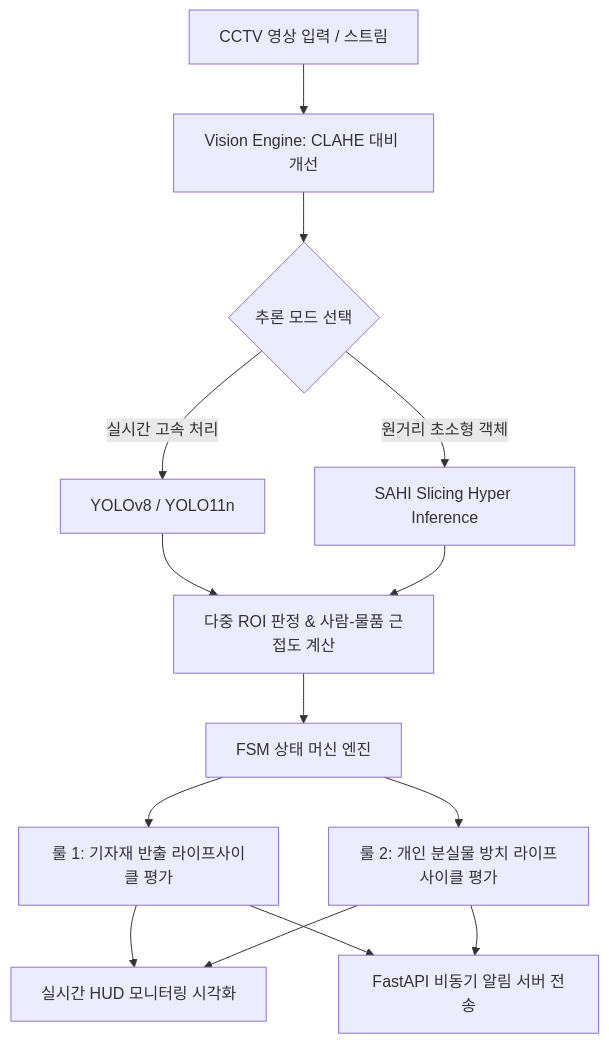
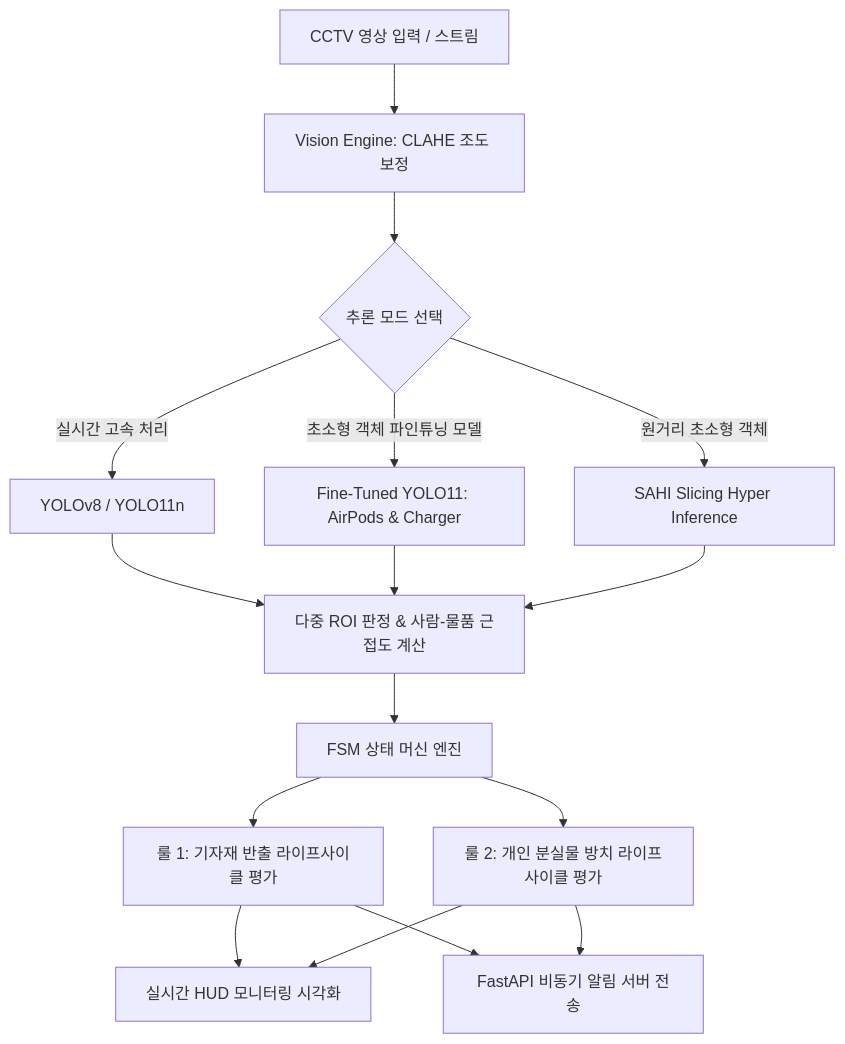
One commit to hyeonje3402/Object-Recognition-Vision changed the first of 3 diagrams in README.md. Above: the diagram before and after it, drawn with Mermaid. The commit also changed other lines of this file and 77 other files, not shown here.

Commit message:
feat: implement FSM pipeline, golden baseline asset inventory & fine-tune YOLO11 for small lost items (AirPods & Chargers)

````diff
--- a/README.md
+++ b/README.md
@@ -34,16 +36,18 @@
 ```mermaid
 flowchart TD
-    A[CCTV 영상 입력 / 스트림] --> B[Vision Engine: CLAHE 대비 개선]
+    A[CCTV 영상 입력 / 스트림] --> B[Vision Engine: CLAHE 조도 보정]
     B --> C{추론 모드 선택}
     C -->|실시간 고속 처리| D[YOLOv8 / YOLO11n]
-    C -->|원거리 초소형 객체| E[SAHI Slicing Hyper Inference]
-    D --> F[다중 ROI 판정 & 사람-물품 근접도 계산]
-    E --> F
-    F --> G[FSM 상태 머신 엔진]
-    G --> H[룰 1: 기자재 반출 라이프사이클 평가]
-    G --> I[룰 2: 개인 분실물 방치 라이프사이클 평가]
-    H --> J[실시간 HUD 모니터링 시각화]
-    I --> J
-    H --> K[FastAPI 비동기 알림 서버 전송]
-    I --> K
+    C -->|초소형 객체 파인튜닝 모델| E[Fine-Tuned YOLO11: AirPods & Charger]
+    C -->|원거리 초소형 객체| F[SAHI Slicing Hyper Inference]
+    D --> G[다중 ROI 판정 & 사람-물품 근접도 계산]
+    E --> G
+    F --> G
+    G --> H[FSM 상태 머신 엔진]
+    H --> I[룰 1: 기자재 반출 라이프사이클 평가]
+    H --> J[룰 2: 개인 분실물 방치 라이프사이클 평가]
+    I --> K[실시간 HUD 모니터링 시각화]
+    J --> K
+    I --> L[FastAPI 비동기 알림 서버 전송]
+    J --> L
 ```
````
